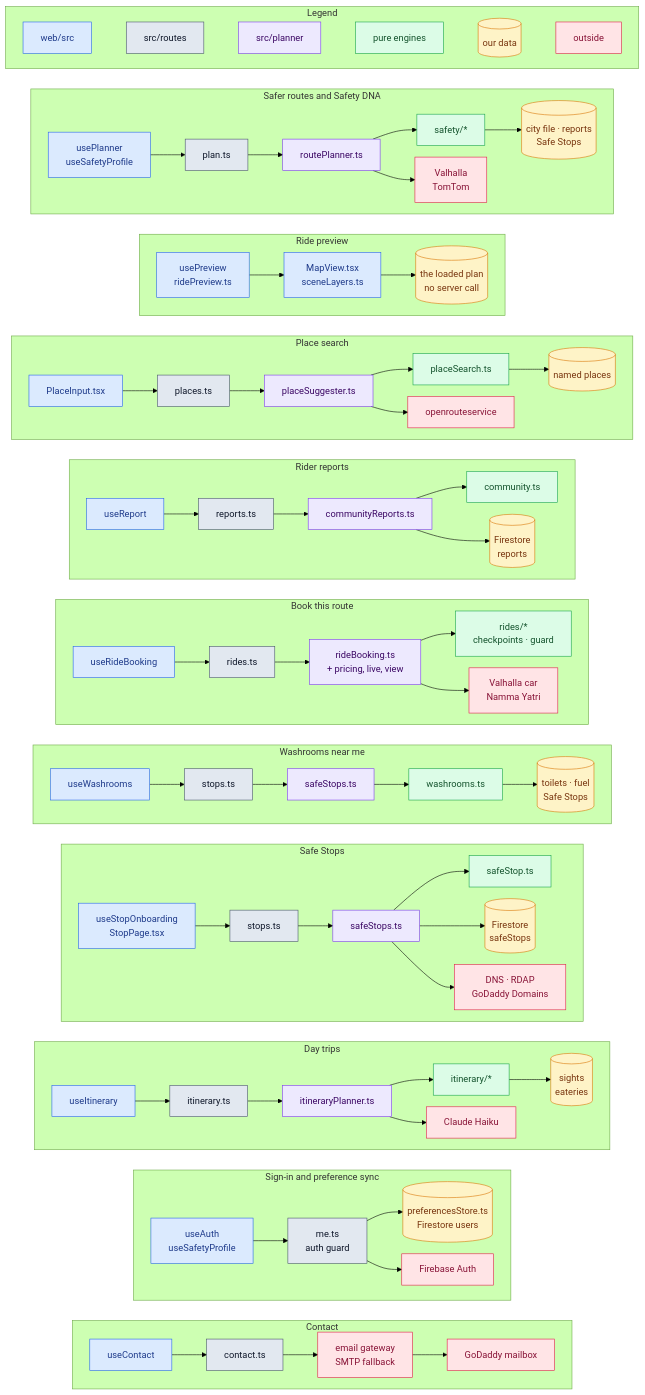
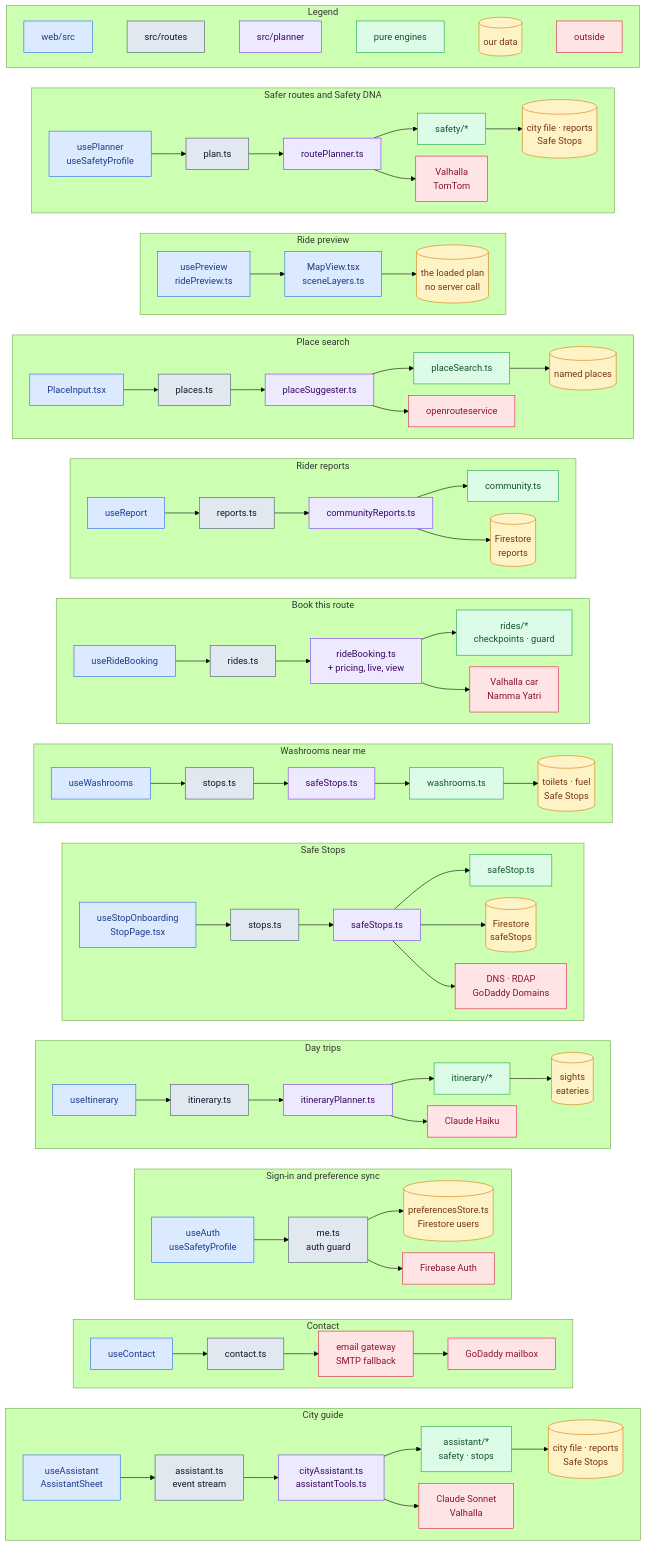
The third of 19 diagrams in README.md (Pawandeep24/musafira), drawn with Mermaid (forest theme) before and after one commit. The commit also changed other lines of this file and 33 other files, not shown here.

````diff
--- a/README.md
+++ b/README.md
@@ -159,75 +161,81 @@
 ```mermaid
 %%{init: {"flowchart": {"nodeSpacing": 20, "rankSpacing": 35}}}%%
 flowchart TB
   classDef web fill:#dbeafe,stroke:#2563eb,color:#1e3a8a
   classDef http fill:#e2e8f0,stroke:#475569,color:#0f172a
   classDef svc fill:#ede9fe,stroke:#7c3aed,color:#3b0764
   classDef eng fill:#dcfce7,stroke:#16a34a,color:#14532d
   classDef data fill:#fef3c7,stroke:#d97706,color:#78350f
   classDef ext fill:#ffe4e6,stroke:#e11d48,color:#881337
 
   subgraph LEGEND["Legend"]
     direction LR
     l1["web/src"]:::web ~~~ l2["src/routes"]:::http ~~~ l3["src/planner"]:::svc ~~~ l4["pure engines"]:::eng ~~~ l5[("our data")]:::data ~~~ l6["outside"]:::ext
   end
 
   subgraph F1["Safer routes and Safety DNA"]
     direction LR
     f1a["usePlanner<br/>useSafetyProfile"]:::web --> f1b["plan.ts"]:::http --> f1c["routePlanner.ts"]:::svc --> f1d["safety/*"]:::eng --> f1e[("city file · reports<br/>Safe Stops")]:::data
     f1c --> f1f["Valhalla<br/>TomTom"]:::ext
   end
 
   subgraph F2["Ride preview"]
     direction LR
     f2a["usePreview<br/>ridePreview.ts"]:::web --> f2b["MapView.tsx<br/>sceneLayers.ts"]:::web --> f2c[("the loaded plan<br/>no server call")]:::data
   end
 
   subgraph F3["Place search"]
     direction LR
     f3a["PlaceInput.tsx"]:::web --> f3b["places.ts"]:::http --> f3c["placeSuggester.ts"]:::svc --> f3d["placeSearch.ts"]:::eng --> f3e[("named places")]:::data
     f3c --> f3f["openrouteservice"]:::ext
   end
 
   subgraph F4["Rider reports"]
     direction LR
     f4a["useReport"]:::web --> f4b["reports.ts"]:::http --> f4c["communityReports.ts"]:::svc --> f4d["community.ts"]:::eng
     f4c --> f4e[("Firestore<br/>reports")]:::data
   end
 
   subgraph F5["Book this route"]
     direction LR
     f5a["useRideBooking"]:::web --> f5b["rides.ts"]:::http --> f5c["rideBooking.ts<br/>+ pricing, live, view"]:::svc --> f5d["rides/*<br/>checkpoints · guard"]:::eng
     f5c --> f5f["Valhalla car<br/>Namma Yatri"]:::ext
   end
 
   subgraph F6["Washrooms near me"]
     direction LR
     f6a["useWashrooms"]:::web --> f6b["stops.ts"]:::http --> f6c["safeStops.ts"]:::svc --> f6d["washrooms.ts"]:::eng --> f6e[("toilets · fuel<br/>Safe Stops")]:::data
   end
 
   subgraph F7["Safe Stops"]
     direction LR
     f7a["useStopOnboarding<br/>StopPage.tsx"]:::web --> f7b["stops.ts"]:::http --> f7c["safeStops.ts"]:::svc --> f7d["safeStop.ts"]:::eng
     f7c --> f7e[("Firestore<br/>safeStops")]:::data
     f7c --> f7f["DNS · RDAP<br/>GoDaddy Domains"]:::ext
   end
 
   subgraph F8["Day trips"]
     direction LR
     f8a["useItinerary"]:::web --> f8b["itinerary.ts"]:::http --> f8c["itineraryPlanner.ts"]:::svc --> f8d["itinerary/*"]:::eng --> f8e[("sights<br/>eateries")]:::data
     f8c --> f8f["Claude Haiku"]:::ext
   end
 
   subgraph F9["Sign-in and preference sync"]
     direction LR
     f9a["useAuth<br/>useSafetyProfile"]:::web --> f9b["me.ts<br/>auth guard"]:::http --> f9c[("preferencesStore.ts<br/>Firestore users")]:::data
     f9b --> f9d["Firebase Auth"]:::ext
   end
 
   subgraph F10["Contact"]
     direction LR
     f10a["useContact"]:::web --> f10b["contact.ts"]:::http --> f10c["email gateway<br/>SMTP fallback"]:::ext --> f10d["GoDaddy mailbox"]:::ext
   end
 
-  LEGEND ~~~ F1 ~~~ F2 ~~~ F3 ~~~ F4 ~~~ F5 ~~~ F6 ~~~ F7 ~~~ F8 ~~~ F9 ~~~ F10
+  subgraph F11["City guide"]
+    direction LR
+    f11a["useAssistant<br/>AssistantSheet"]:::web --> f11b["assistant.ts<br/>event stream"]:::http --> f11c["cityAssistant.ts<br/>assistantTools.ts"]:::svc --> f11d["assistant/*<br/>safety · stops"]:::eng --> f11e[("city file · reports<br/>Safe Stops")]:::data
+    f11c --> f11f["Claude Sonnet<br/>Valhalla"]:::ext
+  end
+
+  LEGEND ~~~ F1 ~~~ F2 ~~~ F3 ~~~ F4 ~~~ F5 ~~~ F6 ~~~ F7 ~~~ F8 ~~~ F9 ~~~ F10 ~~~ F11
 ```
````
